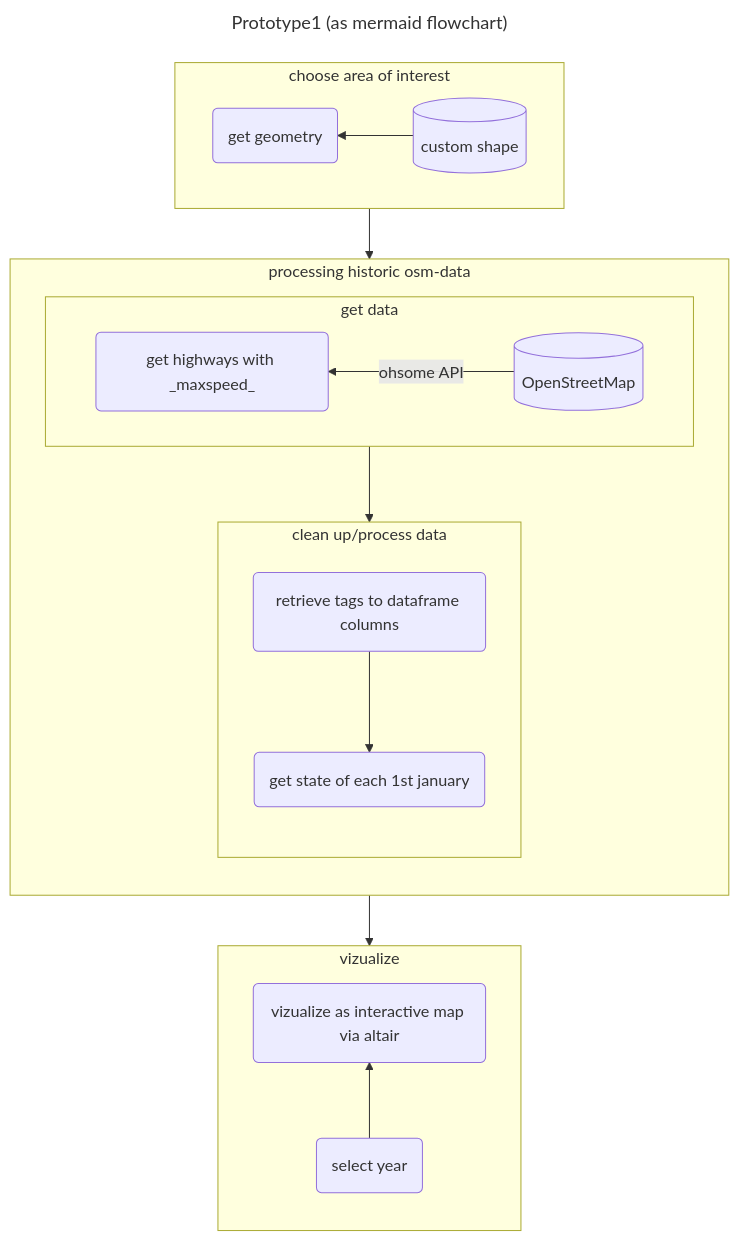
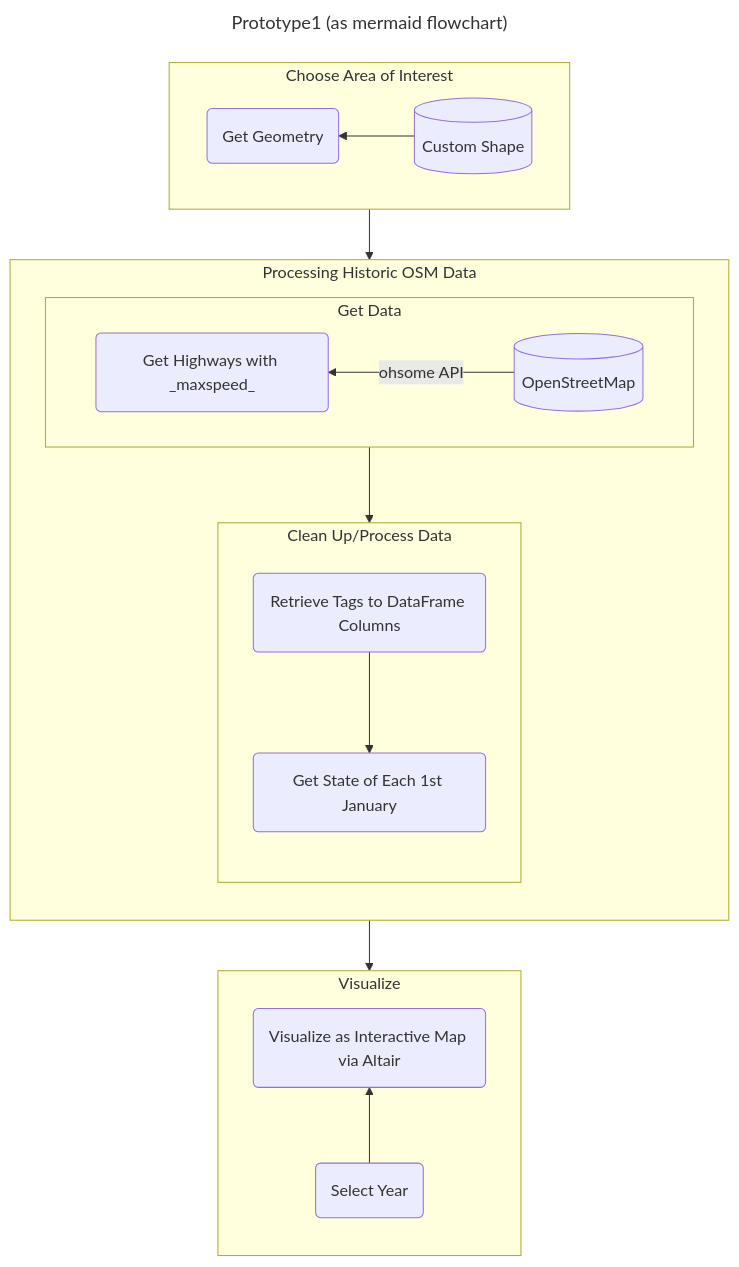
The first of 2 diagrams in README.md (radverkehr/osm_history_analysis), drawn with Mermaid before and after one commit. The commit also changed other lines of this file and 13 other files, not shown here.

````diff
--- a/README.md
+++ b/README.md
@@ -22,33 +24,33 @@
-       ```mermaid
-       ---
-       title: Prototype1 (as mermaid flowchart)
-       ---
-       flowchart  TD
-           subgraph SG1["choose area of interest"]
-       		direction RL
-           		A2@{ shape: cyl, label: "custom shape"}--> A1("get geometry")
-       	end
+      ```mermaid
+      ---
+      title: Prototype1 (as mermaid flowchart)
+      ---
+      flowchart TD
+          subgraph SG1["Choose Area of Interest"]
+              direction RL
+              A2@{ shape: cyl, label: "Custom Shape"} --> A1("Get Geometry")
+          end
 
-           subgraph SG2["processing historic osm-data"]
-           	direction TB
-       		subgraph SG2-1["get data"]
-       			direction RL
-           			B2@{ shape: cyl, label: "OpenStreetMap"}--> |ohsome API| B1("get highways with _maxspeed_")
-               end   
+          subgraph SG2["Processing Historic OSM Data"]
+              direction TB
+              subgraph SG2-1["Get Data"]
+                  direction RL
+                  B2@{ shape: cyl, label: "OpenStreetMap"} --> |ohsome API| B1("Get Highways with _maxspeed_")
+              end   
 
-               subgraph SG2-2["clean up/process data"]
-               	direction TB
-               	C(retrieve tags to dataframe columns) --> D(get state of each 1st january)
-               end 
-               SG2-1 --> SG2-2
-           end
+              subgraph SG2-2["Clean Up/Process Data"]
+                  direction TB
+                  C("Retrieve Tags to DataFrame Columns") --> D("Get State of Each 1st January")
+              end 
+              SG2-1 --> SG2-2
+          end
 
-       subgraph SG3["vizualize"]
-           direction BT
-       	G(select year) --> E(vizualize as interactive map via altair) 
-       end
+          subgraph SG3["Visualize"]
+              direction BT
+              G("Select Year") --> E("Visualize as Interactive Map via Altair") 
+          end
 
-       SG1 --> SG2 --> SG3
+          SG1 --> SG2 --> SG3
 
-       %% Comments after double percent signs
-       ```
+          %% Comments after double percent signs
+      ```
````
